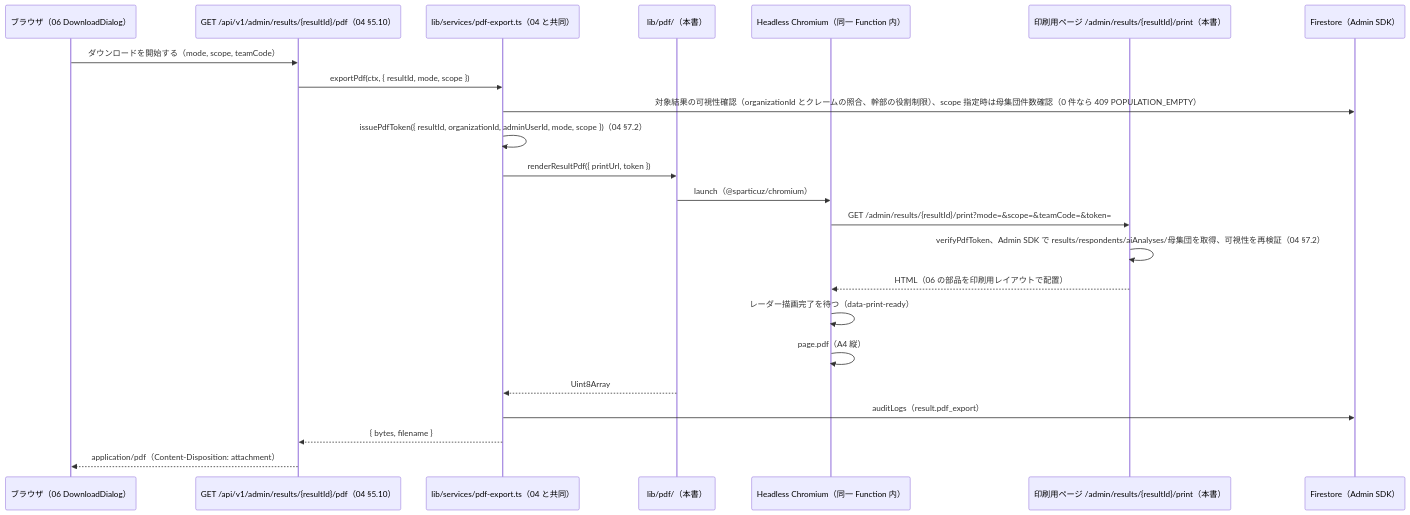
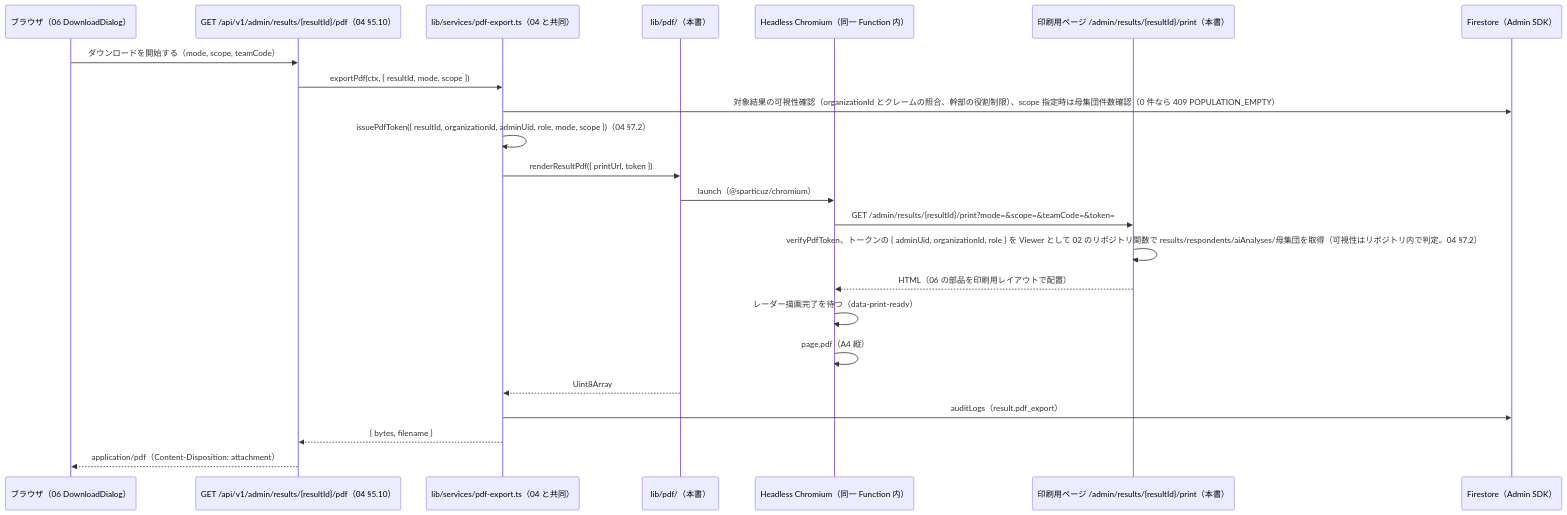
The third of 3 diagrams in docs/基本設計/07_AI解説とPDF.md (tanukichiyamaguchi/Tekisei-Kensa), drawn with Mermaid before and after one commit. The commit also changed other lines of this file and 10 other files, not shown here.

````diff
--- a/docs/基本設計/07_AI解説とPDF.md
+++ b/docs/基本設計/07_AI解説とPDF.md
@@ -900,26 +900,26 @@
 ```mermaid
 sequenceDiagram
     participant B as ブラウザ（06 DownloadDialog）
     participant API as GET /api/v1/admin/results/{resultId}/pdf（04 §5.10）
     participant S as lib/services/pdf-export.ts（04 と共同）
     participant P as lib/pdf/（本書）
     participant CH as Headless Chromium（同一 Function 内）
     participant PP as 印刷用ページ /admin/results/{resultId}/print（本書）
     participant DB as Firestore（Admin SDK）
 
     B->>API: ダウンロードを開始する（mode, scope, teamCode）
     API->>S: exportPdf(ctx, { resultId, mode, scope })
     S->>DB: 対象結果の可視性確認（organizationId とクレームの照合、幹部の役割制限）、scope 指定時は母集団件数確認（0 件なら 409 POPULATION_EMPTY）
-    S->>S: issuePdfToken({ resultId, organizationId, adminUserId, mode, scope })（04 §7.2）
+    S->>S: issuePdfToken({ resultId, organizationId, adminUid, role, mode, scope })（04 §7.2）
     S->>P: renderResultPdf({ printUrl, token })
     P->>CH: launch（@sparticuz/chromium）
     CH->>PP: GET /admin/results/{resultId}/print?mode=&scope=&teamCode=&token=
-    PP->>PP: verifyPdfToken、Admin SDK で results/respondents/aiAnalyses/母集団を取得、可視性を再検証（04 §7.2）
+    PP->>PP: verifyPdfToken、トークンの { adminUid, organizationId, role } を Viewer として 02 のリポジトリ関数で results/respondents/aiAnalyses/母集団を取得（可視性はリポジトリ内で判定。04 §7.2）
     PP-->>CH: HTML（06 の部品を印刷用レイアウトで配置）
     CH->>CH: レーダー描画完了を待つ（data-print-ready）
     CH->>CH: page.pdf（A4 縦）
     P-->>S: Uint8Array
     S->>DB: auditLogs（result.pdf_export）
     S-->>API: { bytes, filename }
     API-->>B: application/pdf（Content-Disposition: attachment）
 ```
````
